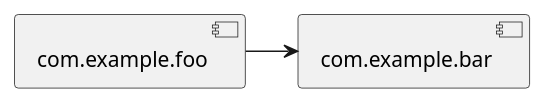
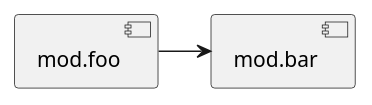
One commit to backpaper0/sandbox changed the first of 4 diagrams in java-module/plantuml.md. Above: the diagram before and after it, drawn with PlantUML. The commit also changed other lines of this file and 13 other files, not shown here.

````diff
--- a/java-module/plantuml.md
+++ b/java-module/plantuml.md
@@ -1,5 +1,5 @@
 ```plantuml
 @startuml case1
-[com.example.foo] -> [com.example.bar]
+[mod.foo] -> [mod.bar]
 @enduml
 ```
````
